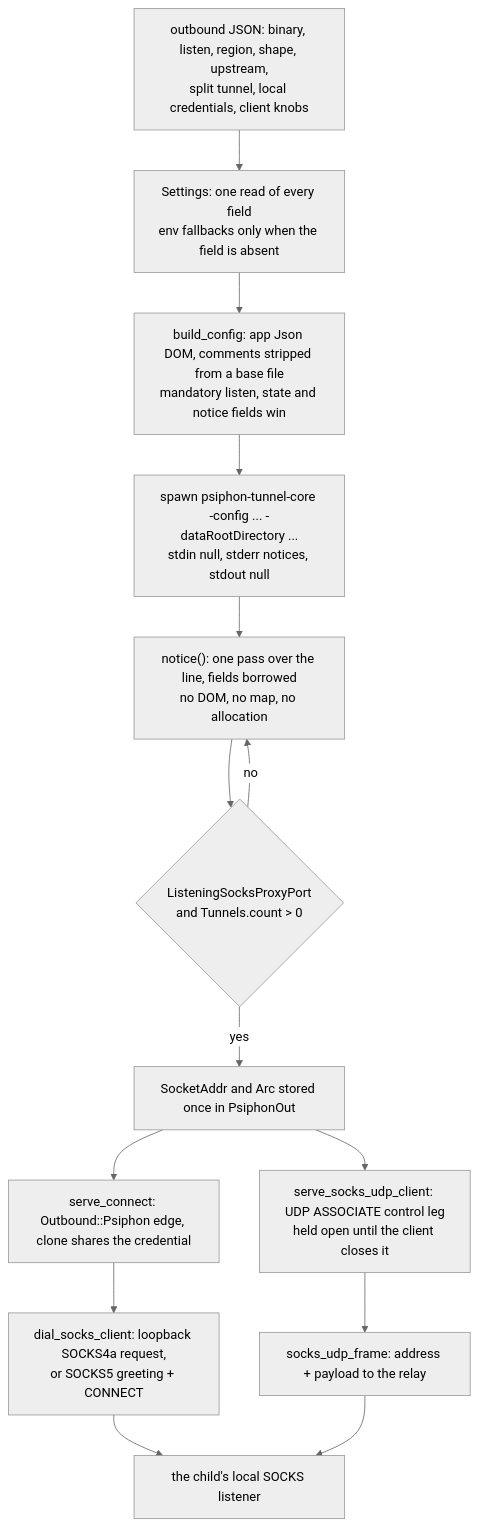
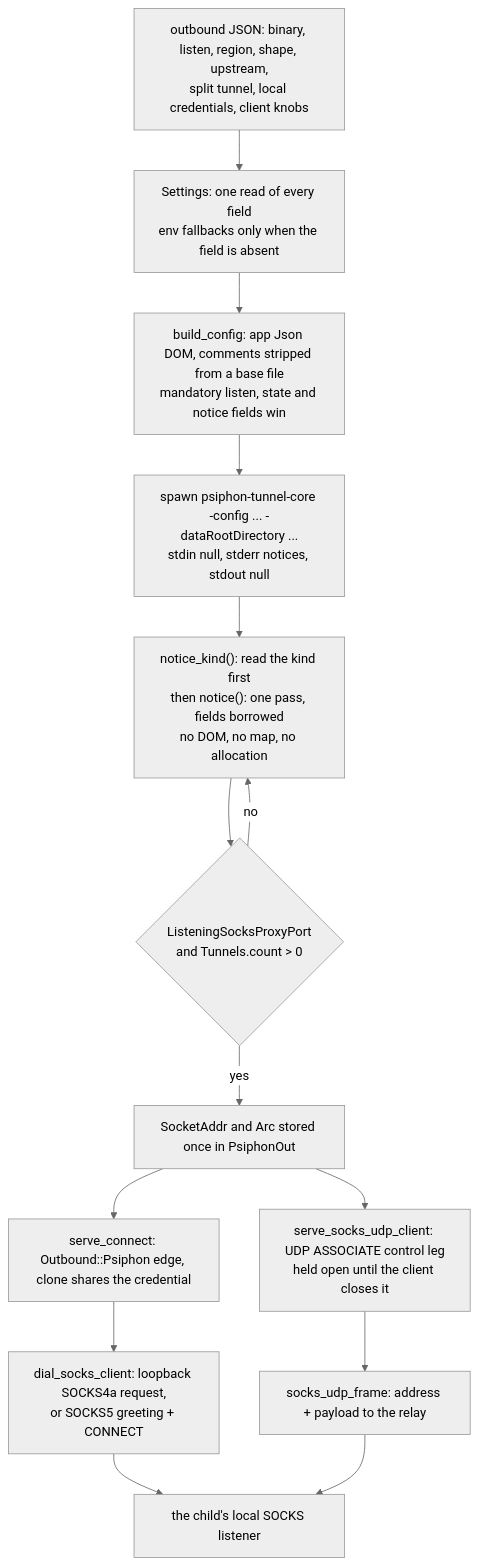
The diagram in docs/function/carrier-psiphon.md (Ferrocite/ferrox), drawn with Mermaid (neutral theme) before and after one commit. The commit also changed other lines of this file and 5 other files, not shown here.

````diff
--- a/docs/function/carrier-psiphon.md
+++ b/docs/function/carrier-psiphon.md
@@ -7,16 +7,16 @@
 ```mermaid
 graph TD
     A["outbound JSON: binary, listen, region, shape, upstream,<br/>split tunnel, local credentials, client knobs"] --> B["Settings: one read of every field<br/>env fallbacks only when the field is absent"]
     B --> C["build_config: app Json DOM, comments stripped from a base file<br/>mandatory listen, state and notice fields win"]
     C --> D["spawn psiphon-tunnel-core -config ... -dataRootDirectory ...<br/>stdin null, stderr notices, stdout null"]
-    D --> E["notice(): one pass over the line, fields borrowed<br/>no DOM, no map, no allocation"]
+    D --> E["notice_kind(): read the kind first<br/>then notice(): one pass, fields borrowed<br/>no DOM, no map, no allocation"]
     E --> F{"ListeningSocksProxyPort<br/>and Tunnels.count > 0"}
     F -->|no| E
     F -->|yes| G["SocketAddr and Arc<Credential> stored once in PsiphonOut"]
     G --> H["serve_connect: Outbound::Psiphon edge, clone shares the credential"]
     H --> I["dial_socks_client: loopback SOCKS4a request,<br/>or SOCKS5 greeting + CONNECT"]
     I --> J["the child's local SOCKS listener"]
     G --> K["serve_socks_udp_client: UDP ASSOCIATE control leg<br/>held open until the client closes it"]
     K --> L["socks_udp_frame: address + payload to the relay"]
     L --> J
 ```
````
